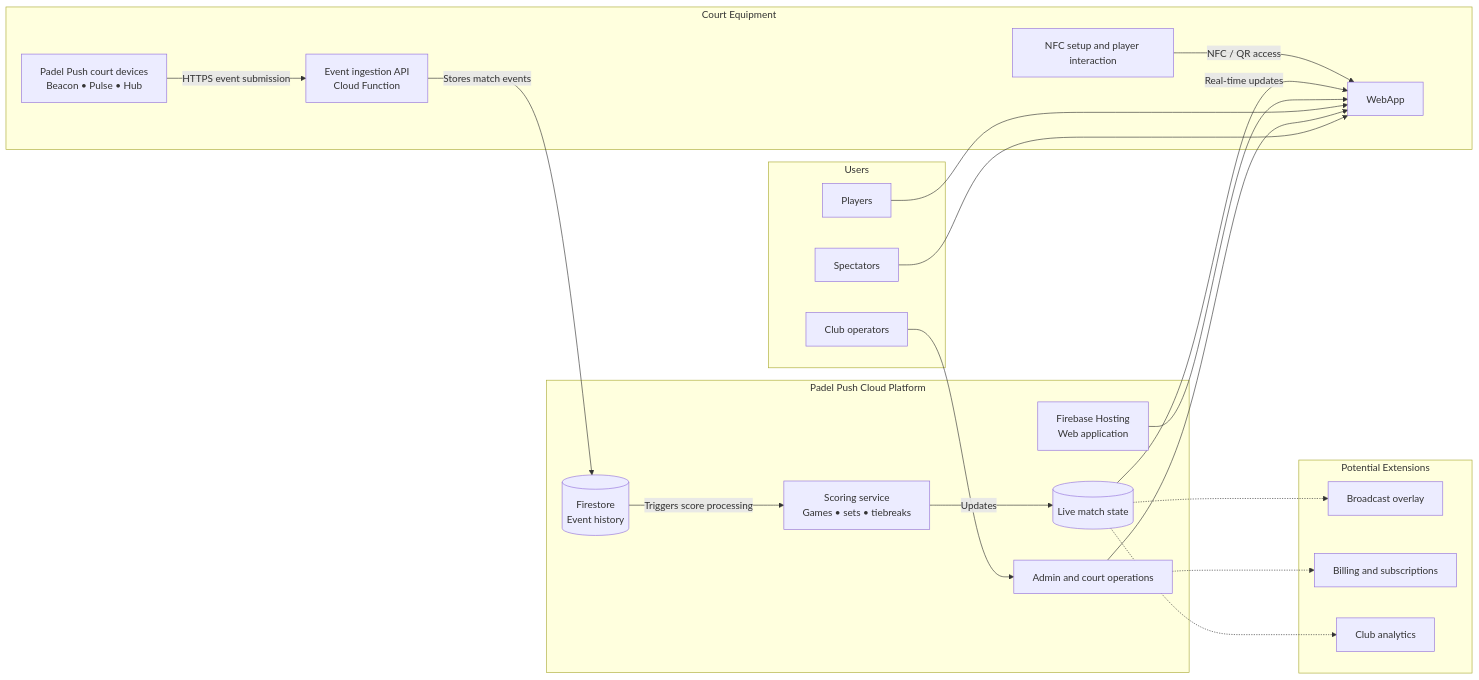
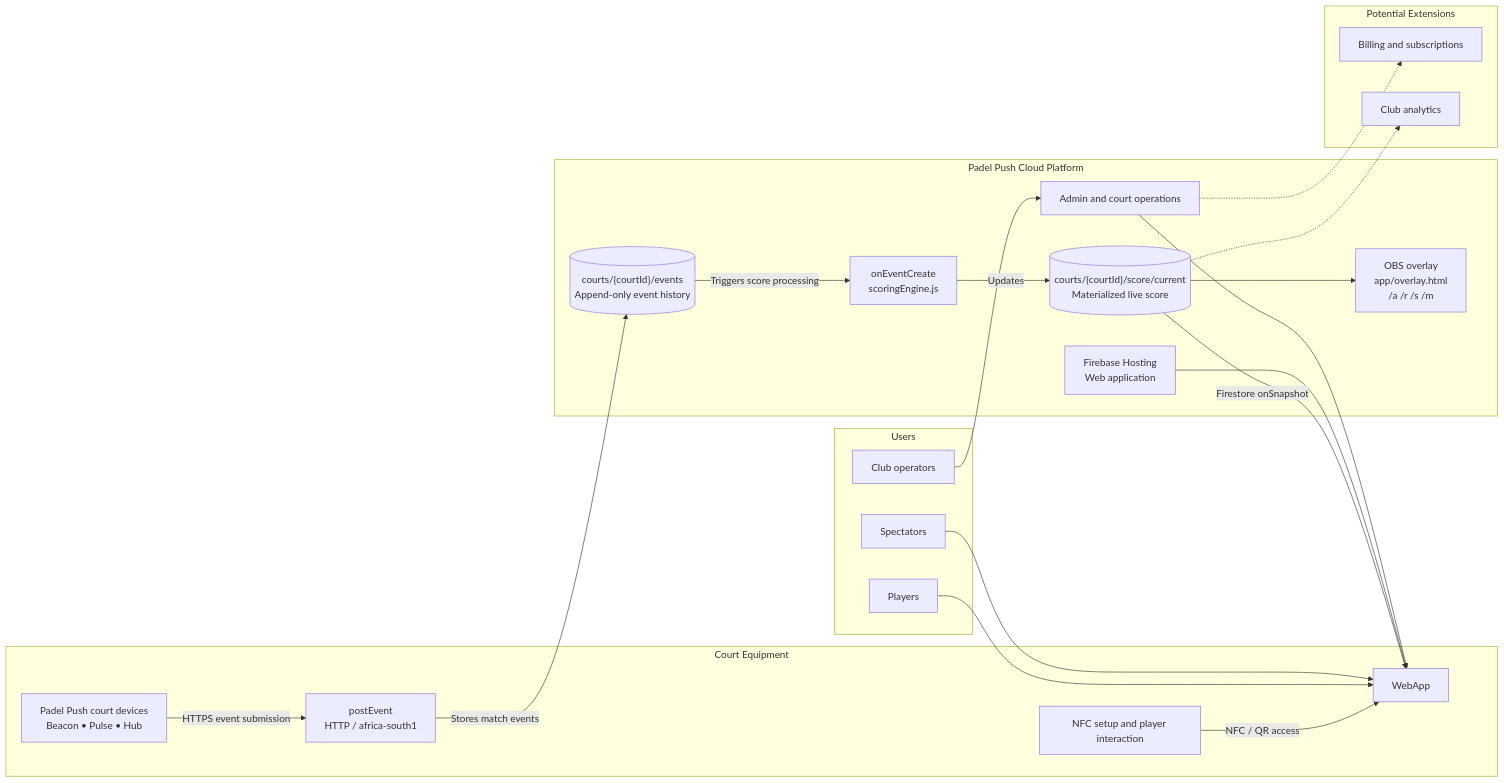
Before and after one commit to creepyLANguy/PuntoPrototype: the diagram in Mermaid/PP_Basic_Flow.mmd, drawn with Mermaid. The commit also changed 9 other files, not shown here.

```diff
--- a/Mermaid/PP_Basic_Flow.mmd
+++ b/Mermaid/PP_Basic_Flow.mmd
@@ -1,48 +1,48 @@
 flowchart LR
     subgraph COURT["Court Equipment"]
         Devices["Padel Push court devices<br/>Beacon • Pulse • Hub"]
         NFC["NFC setup and player interaction"]
         Devices -->|"HTTPS event submission"| Ingestion
         NFC -->|"NFC / QR access"| WebApp
     end
 
     subgraph PLATFORM["Padel Push Cloud Platform"]
         Hosting["Firebase Hosting<br/>Web application"]
-        Ingestion["Event ingestion API<br/>Cloud Function"]
-        Events[("Firestore<br/>Event history")]
-        Scoring["Scoring service<br/>Games • sets • tiebreaks"]
-        LiveState[("Live match state")]
+        Ingestion["postEvent<br/>HTTP / africa-south1"]
+        Events[("courts/{courtId}/events<br/>Append-only event history")]
+        Scoring["onEventCreate<br/>scoringEngine.js"]
+        LiveState[("courts/{courtId}/score/current<br/>Materialized live score")]
         Operations["Admin and court operations"]
+        Overlay["OBS overlay<br/>app/overlay.html<br/>/a /r /s /m"]
     end
 
     subgraph USERS["Users"]
         Player["Players"]
         Club["Club operators"]
         Spectator["Spectators"]
     end
 
     Ingestion -->|"Stores match events"| Events
     Events -->|"Triggers score processing"| Scoring
     Scoring -->|"Updates"| LiveState
-    LiveState -->|"Real-time updates"| WebApp
+    LiveState -->|"Firestore onSnapshot"| WebApp
     Hosting --> WebApp
 
     Player --> WebApp
     Club --> Operations
     Operations --> WebApp
     Spectator --> WebApp
 
     subgraph FUTURE["Potential Extensions"]
-        Broadcast["Broadcast overlay"]
         Billing["Billing and subscriptions"]
         Analytics["Club analytics"]
     end
 
-    LiveState -.-> Broadcast
+    LiveState --> Overlay
     Operations -.-> Billing
     LiveState -.-> Analytics
 
     class Devices,NFC court
     class Hosting,Ingestion,Events,Scoring,LiveState,Operations platform
     class Player,Club,Spectator user
-    class Broadcast,Billing,Analytics future
+    class Billing,Analytics future
```
